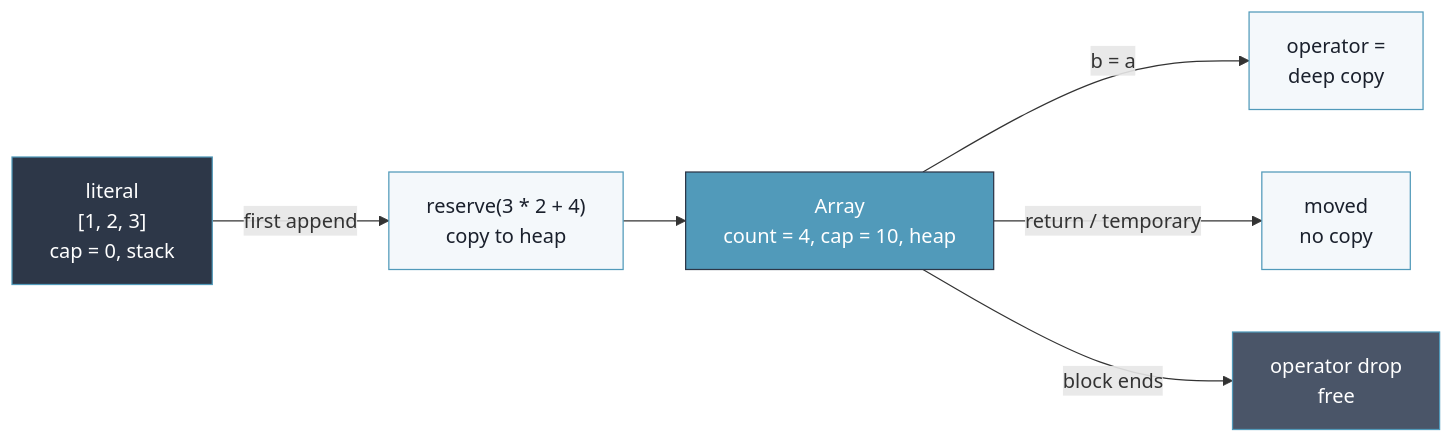
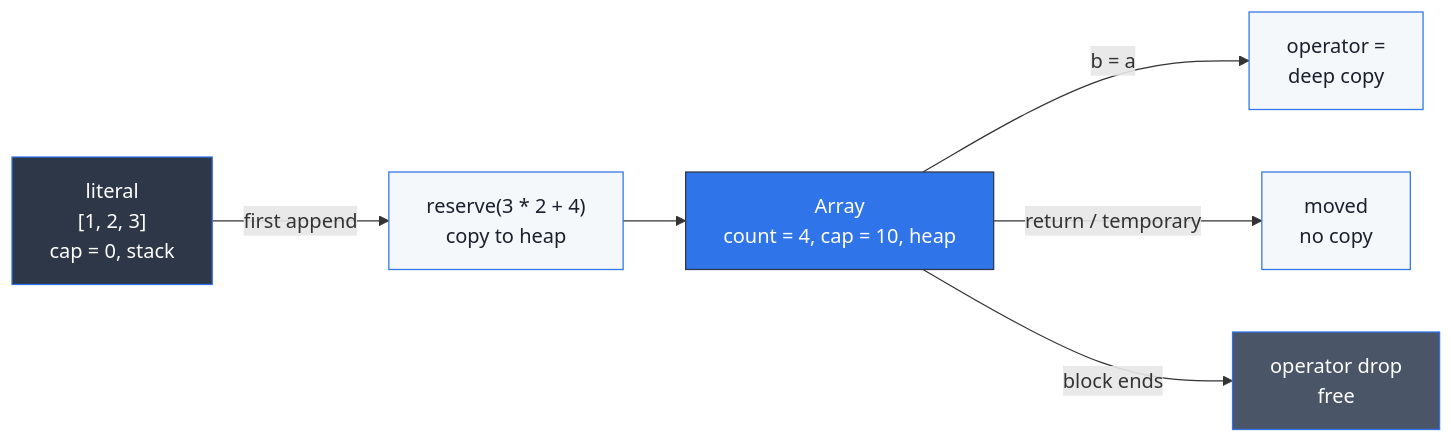
One commit to ura-computing/ura-core changed the first of 2 diagrams in README.md. Above: the diagram before and after it, drawn with Mermaid. The commit also changed other lines of this file and 1 other file, not shown here.

Commit message:
readme: logo, badges, a verified example, diagrams and the full api

````diff
--- a/README.md
+++ b/README.md
@@ -186,12 +186,12 @@
 ```mermaid
 flowchart LR
     A["literal<br/>[1, 2, 3]<br/>cap = 0, stack"]:::stack -->|"first append"| B["reserve(3 * 2 + 4)<br/>copy to heap"]:::step
     B --> C["Array<br/>count = 4, cap = 10, heap"]:::heap
     C -->|"b = a"| D["operator =<br/>deep copy"]:::step
     C -->|"return / temporary"| E["moved<br/>no copy"]:::step
     C -->|"block ends"| F["operator drop<br/>free"]:::done
-    classDef stack fill:#2d3748,stroke:#519ABA,color:#fff
-    classDef heap fill:#519ABA,stroke:#2d3748,color:#fff
-    classDef step fill:#f4f8fb,stroke:#519ABA,color:#1a202c
-    classDef done fill:#4a5568,stroke:#519ABA,color:#fff
+    classDef stack fill:#2d3748,stroke:#2F74E8,color:#fff
+    classDef heap fill:#2F74E8,stroke:#2d3748,color:#fff
+    classDef step fill:#f4f8fb,stroke:#2F74E8,color:#1a202c
+    classDef done fill:#4a5568,stroke:#2F74E8,color:#fff
 ```
````
